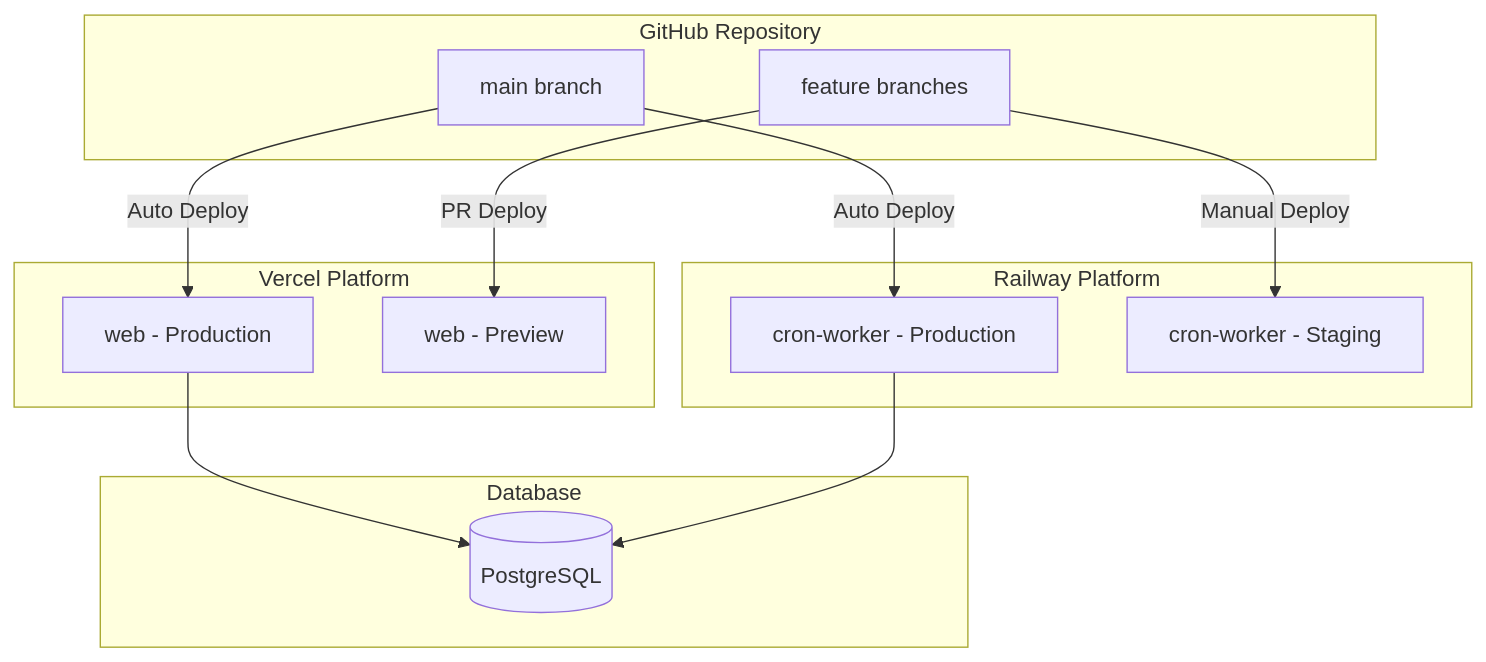
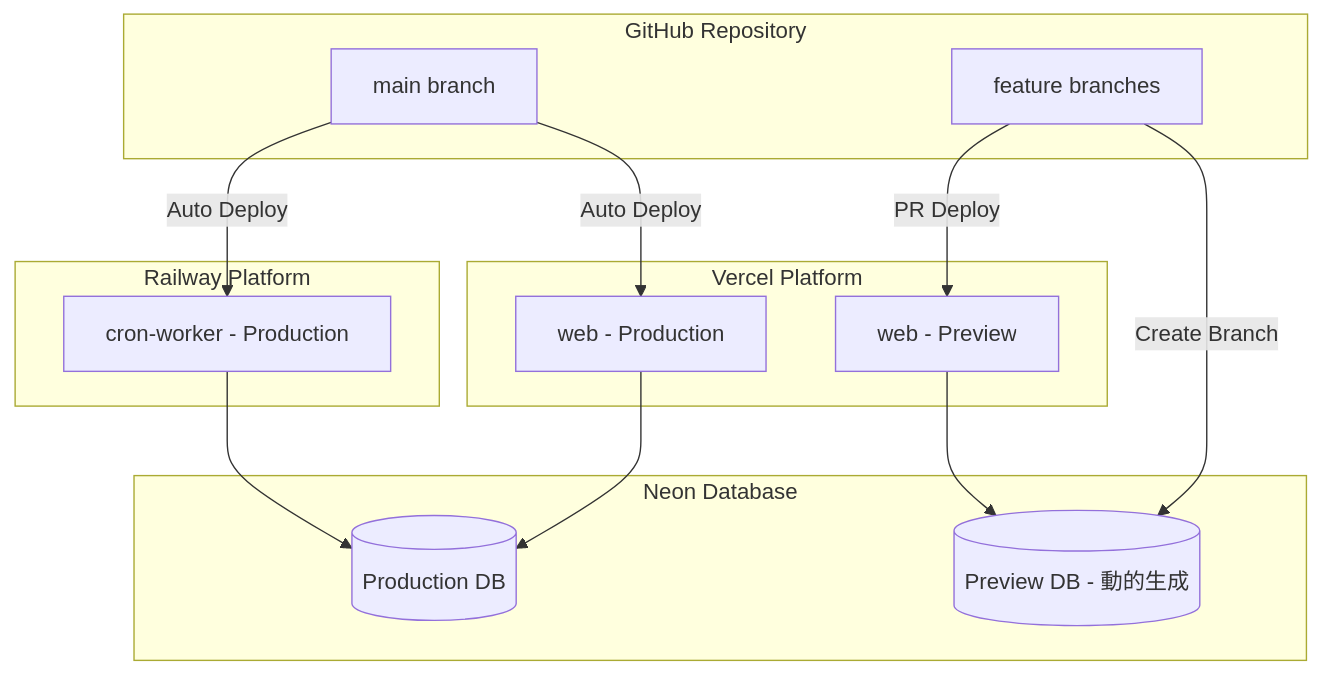
Before and after one commit to einja-inc/einja-management-template: the first of 3 diagrams in docs/einja/steering/infrastructure/deployment.md, drawn with Mermaid. The commit also changed other lines of this file and 7 other files, not shown here.

````diff
--- a/docs/einja/steering/infrastructure/deployment.md
+++ b/docs/einja/steering/infrastructure/deployment.md
@@ -29,30 +29,31 @@
 ```mermaid
 graph TB
     subgraph "GitHub Repository"
         Main[main branch]
         Feature[feature branches]
     end
 
     subgraph "Vercel Platform"
         WebProd[web - Production]
         WebPreview[web - Preview]
     end
 
     subgraph "Railway Platform"
         CronProd[cron-worker - Production]
-        CronStaging[cron-worker - Staging]
     end
 
-    subgraph "Database"
-        DB[(PostgreSQL)]
+    subgraph "Neon Database"
+        DBProd[(Production DB)]
+        DBPreview[(Preview DB - 動的生成)]
     end
 
     Main -->|Auto Deploy| WebProd
     Main -->|Auto Deploy| CronProd
 
     Feature -->|PR Deploy| WebPreview
-    Feature -->|Manual Deploy| CronStaging
+    Feature -->|Create Branch| DBPreview
 
-    WebProd --> DB
-    CronProd --> DB
+    WebProd --> DBProd
+    WebPreview --> DBPreview
+    CronProd --> DBProd
 ```
````
